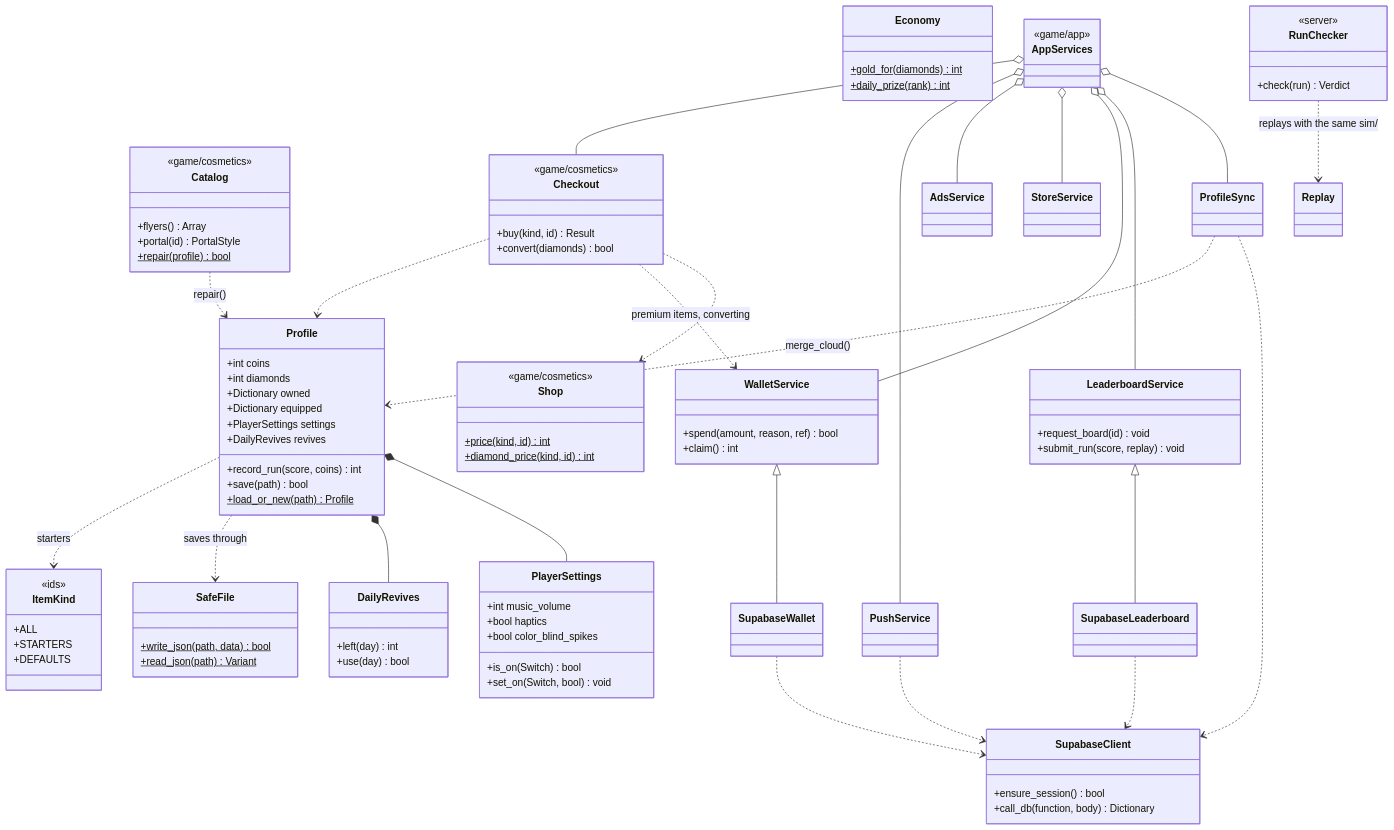
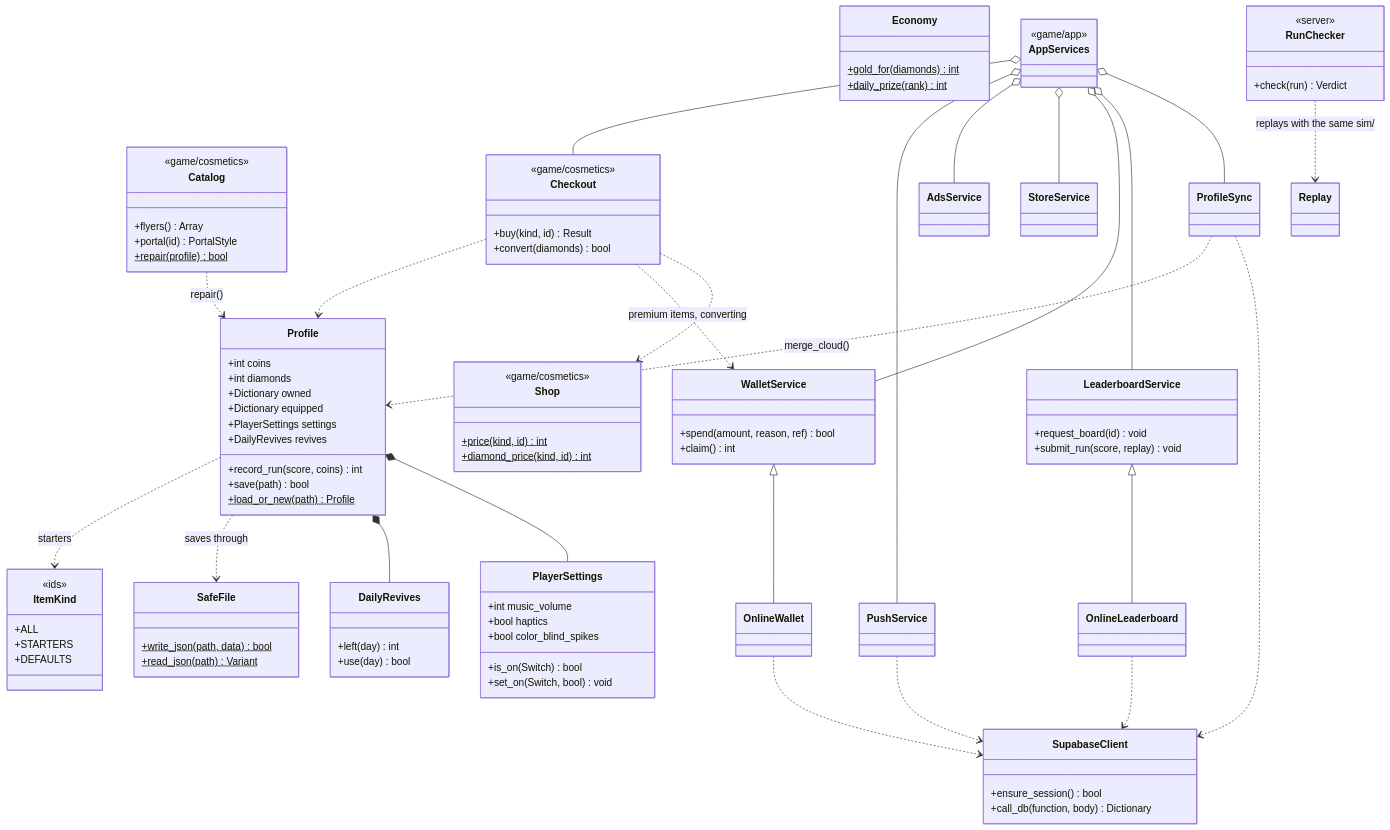
The third of 3 diagrams in docs/DOMAIN_MODEL.md (Mxndarijn/Spikey), drawn with Mermaid before and after one commit. The commit also changed 46 other files, not shown here.

```diff
--- a/docs/DOMAIN_MODEL.md
+++ b/docs/DOMAIN_MODEL.md
@@ -386,10 +386,10 @@
 Checkout ..> WalletService : premium items, converting
 Checkout ..> Profile
 Catalog ..> Profile : repair()
-LeaderboardService <|-- SupabaseLeaderboard
-WalletService <|-- SupabaseWallet
-SupabaseLeaderboard ..> SupabaseClient
-SupabaseWallet ..> SupabaseClient
+LeaderboardService <|-- OnlineLeaderboard
+WalletService <|-- OnlineWallet
+OnlineLeaderboard ..> SupabaseClient
+OnlineWallet ..> SupabaseClient
 PushService ..> SupabaseClient
 ProfileSync ..> SupabaseClient
 ProfileSync ..> Profile : merge_cloud()
```
